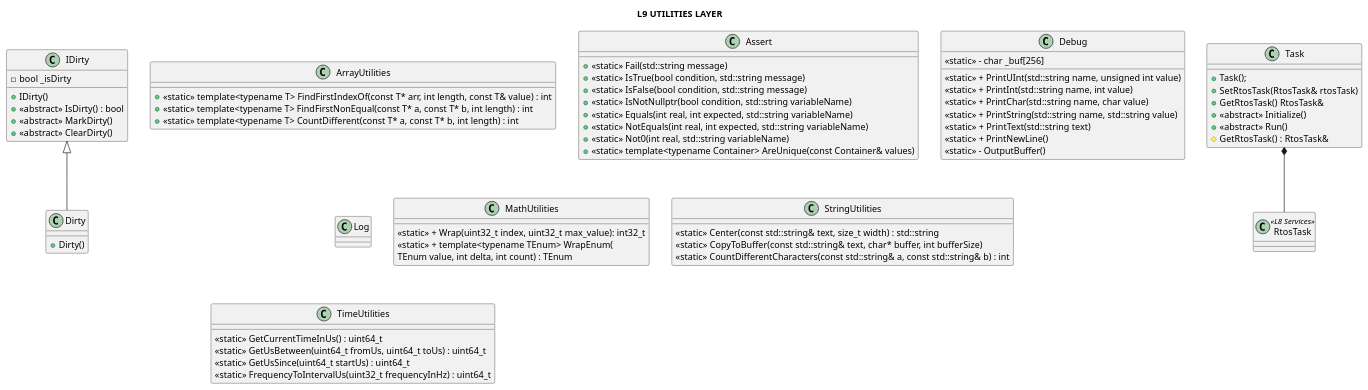
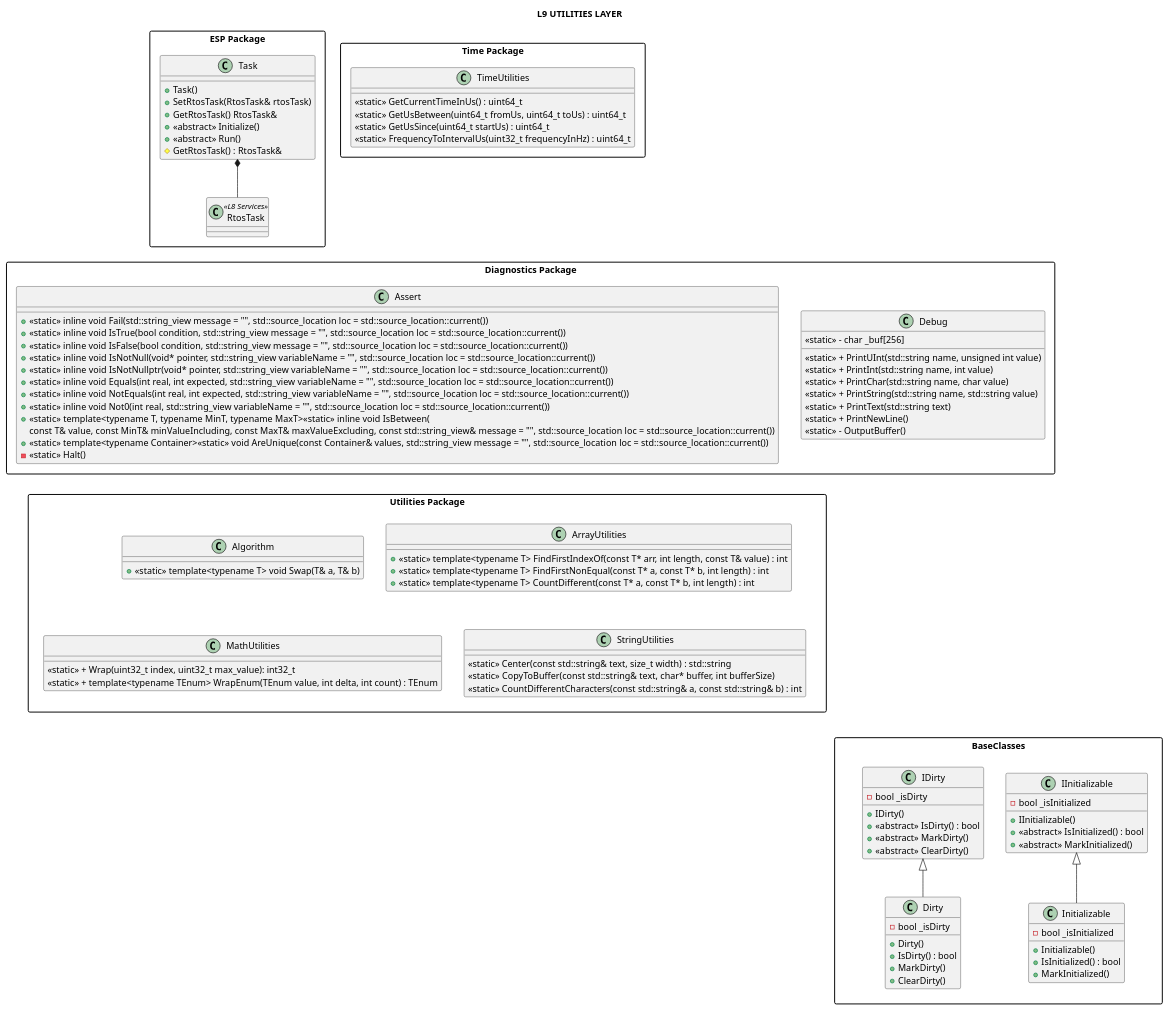
Before and after one commit to michelkeijzers/fraxis: the diagram in Docs/Software Design/Layers/L9_utilities_layer.puml, drawn with PlantUML. The commit also changed 18 other files, not shown here.

Commit message:
Updated UML and adapted small non functional changes

```diff
--- a/Docs/Software Design/Layers/L9_utilities_layer.puml
+++ b/Docs/Software Design/Layers/L9_utilities_layer.puml
@@ -1,96 +1,142 @@
 @startuml
 
 title L9 UTILITIES LAYER
 
 skinparam packageStyle rectangle
 skinparam lineThickness 2
 
-class ArrayUtilities
+package "Diagnostics Package" as DiagnosticsPackage
 {
-    + <<static>> template<typename T> FindFirstIndexOf(const T* arr, int length, const T& value) : int
-    + <<static>> template<typename T> FindFirstNonEqual(const T* a, const T* b, int length) : int
-    + <<static>> template<typename T> CountDifferent(const T* a, const T* b, int length) : int
+    class Assert
+    {
+        + <<static>> inline void Fail(std::string_view message = "", std::source_location loc = std::source_location::current())
+        + <<static>> inline void IsTrue(bool condition, std::string_view message = "", std::source_location loc = std::source_location::current())
+        + <<static>> inline void IsFalse(bool condition, std::string_view message = "", std::source_location loc = std::source_location::current())
+        + <<static>> inline void IsNotNull(void* pointer, std::string_view variableName = "", std::source_location loc = std::source_location::current())
+        + <<static>> inline void IsNotNullptr(void* pointer, std::string_view variableName = "", std::source_location loc = std::source_location::current())
+        + <<static>> inline void Equals(int real, int expected, std::string_view variableName = "", std::source_location loc = std::source_location::current())
+        + <<static>> inline void NotEquals(int real, int expected, std::string_view variableName = "", std::source_location loc = std::source_location::current())
+        + <<static>> inline void Not0(int real, std::string_view variableName = "", std::source_location loc = std::source_location::current())
+        + <<static>> template<typename T, typename MinT, typename MaxT><<static>> inline void IsBetween(
+            const T& value, const MinT& minValueIncluding, const MaxT& maxValueExcluding, const std::string_view& message = "",  std::source_location loc = std::source_location::current())
+        + <<static>> template<typename Container><<static>> void AreUnique(const Container& values, std::string_view message = "", std::source_location loc = std::source_location::current())
+        - <<static>> Halt()
+    }
+
+    class Debug
+    {
+        <<static>> + PrintUInt(std::string name, unsigned int value)
+        <<static>> + PrintInt(std::string name, int value)
+        <<static>> + PrintChar(std::string name, char value)
+        <<static>> + PrintString(std::string name, std::string value)
+        <<static>> + PrintText(std::string text)
+        <<static>> + PrintNewLine()
+        <<static>> - OutputBuffer()
+        <<static>> - char _buf[256]
+    }
 }
 
-class Assert
+Package "Utilities Package" as UtilitiesPackage
 {
-    + <<static>> Fail(std::string message)
-    + <<static>> IsTrue(bool condition, std::string message)
-    + <<static>> IsFalse(bool condition, std::string message)
-    + <<static>> IsNotNullptr(bool condition, std::string variableName)
-    + <<static>> Equals(int real, int expected, std::string variableName)
-    + <<static>> NotEquals(int real, int expected, std::string variableName)
-    + <<static>> Not0(int real, std::string variableName)
-    + <<static>> template<typename Container> AreUnique(const Container& values)
+    class Algorithm
+    {
+        + <<static>> template<typename T> void Swap(T& a, T& b)
+    }
+
+    class ArrayUtilities
+    {
+        + <<static>> template<typename T> FindFirstIndexOf(const T* arr, int length, const T& value) : int
+        + <<static>> template<typename T> FindFirstNonEqual(const T* a, const T* b, int length) : int
+        + <<static>> template<typename T> CountDifferent(const T* a, const T* b, int length) : int
+    }
+
+    class MathUtilities
+    {
+        <<static>> + Wrap(uint32_t index, uint32_t max_value): int32_t
+        <<static>> + template<typename TEnum> WrapEnum(TEnum value, int delta, int count) : TEnum
+    }
+
+    class StringUtilities
+    {
+        <<static>> Center(const std::string& text, size_t width) : std::string
+        <<static>> CopyToBuffer(const std::string& text, char* buffer, int bufferSize)
+        <<static>> CountDifferentCharacters(const std::string& a, const std::string& b) : int
+    }
 }
 
-class Debug
+package BaseClasses
 {
-    <<static>> + PrintUInt(std::string name, unsigned int value)
-    <<static>> + PrintInt(std::string name, int value)
-    <<static>> + PrintChar(std::string name, char value)
-    <<static>> + PrintString(std::string name, std::string value)
-    <<static>> + PrintText(std::string text)
-    <<static>> + PrintNewLine()
-    <<static>> - OutputBuffer()
-    <<static>> - char _buf[256]
+    class IDirty
+    {
+        + IDirty()
+        + <<abstract>> IsDirty() : bool
+        + <<abstract>> MarkDirty()
+        + <<abstract>> ClearDirty()
+        - bool _isDirty
+    }
+
+    class Dirty
+    {
+        + Dirty()
+        + IsDirty() : bool
+        + MarkDirty()
+        + ClearDirty()
+        - bool _isDirty
+    }
+
+    Dirty -u-|> IDirty
+
+    class IInitializable
+    {
+        + IInitializable()
+        + <<abstract>> IsInitialized() : bool
+        + <<abstract>> MarkInitialized()
+        - bool _isInitialized
+    }
+
+    class Initializable
+    {
+        + Initializable()
+        + IsInitialized() : bool
+        + MarkInitialized()
+        - bool _isInitialized
+    }
+
+    Initializable -u-|> IInitializable
 }
 
-class Log
+package "ESP Package" as EspPackage
 {
+    class Task
+    {
+        + Task()
+        + SetRtosTask(RtosTask& rtosTask)
+        + GetRtosTask() RtosTask&
+        + <<abstract>> Initialize()
+        + <<abstract>> Run() 
+        # GetRtosTask() : RtosTask&
+    }
+
+    class RtosTask <<L8 Services>>
+
+    Task *-- RtosTask
 }
 
-class MathUtilities
+package "Time Package" as TimePackage
 {
-    <<static>> + Wrap(uint32_t index, uint32_t max_value): int32_t
-    <<static>> + template<typename TEnum> WrapEnum(
-        TEnum value, int delta, int count) : TEnum
+    class TimeUtilities
+    {
+        <<static>> GetCurrentTimeInUs() : uint64_t
+        <<static>> GetUsBetween(uint64_t fromUs, uint64_t toUs) : uint64_t
+        <<static>> GetUsSince(uint64_t startUs) : uint64_t
+        <<static>> FrequencyToIntervalUs(uint32_t frequencyInHz) : uint64_t
+    }
 }
 
-class StringUtilities
-{
-    <<static>> Center(const std::string& text, size_t width) : std::string
-    <<static>> CopyToBuffer(const std::string& text, char* buffer, int bufferSize)
-    <<static>> CountDifferentCharacters(const std::string& a, const std::string& b) : int
+Assert -u[hidden]-- Task
+Assert -u[hidden]-- TimeUtilities
+BaseClasses -u[hidden]-- UtilitiesPackage
+IDirty -u[hidden]--- Debug
 
-}
-
-class IDirty
-{
-    + IDirty()
-    + <<abstract>> IsDirty() : bool
-    + <<abstract>> MarkDirty()
-    + <<abstract>> ClearDirty()
-    - bool _isDirty
-}
-
-class Dirty
-{
-    + Dirty()
-}
-
-Dirty -u-|> IDirty
-
-class Task
-{
-    + Task();
-    + SetRtosTask(RtosTask& rtosTask)
-    + GetRtosTask() RtosTask&
-    + <<abstract>> Initialize()
-    + <<abstract>> Run() 
-    # GetRtosTask() : RtosTask&
-}
-
-class RtosTask <<L8 Services>>
-
-Task *-- RtosTask
-
-class TimeUtilities
-{
-    <<static>> GetCurrentTimeInUs() : uint64_t
-    <<static>> GetUsBetween(uint64_t fromUs, uint64_t toUs) : uint64_t
-    <<static>> GetUsSince(uint64_t startUs) : uint64_t
-    <<static>> FrequencyToIntervalUs(uint32_t frequencyInHz) : uint64_t
-}
 
 @enduml
```
